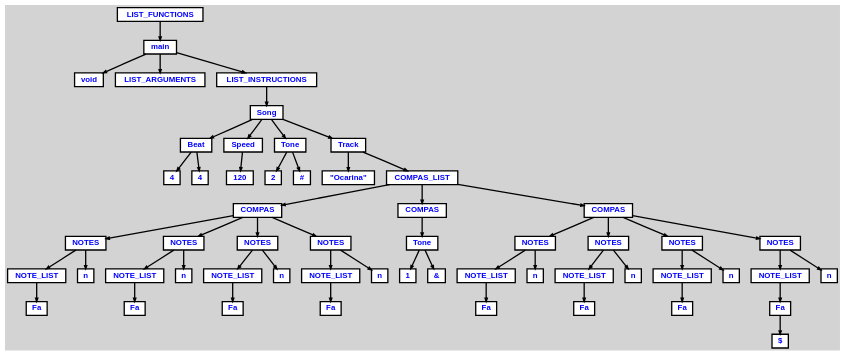
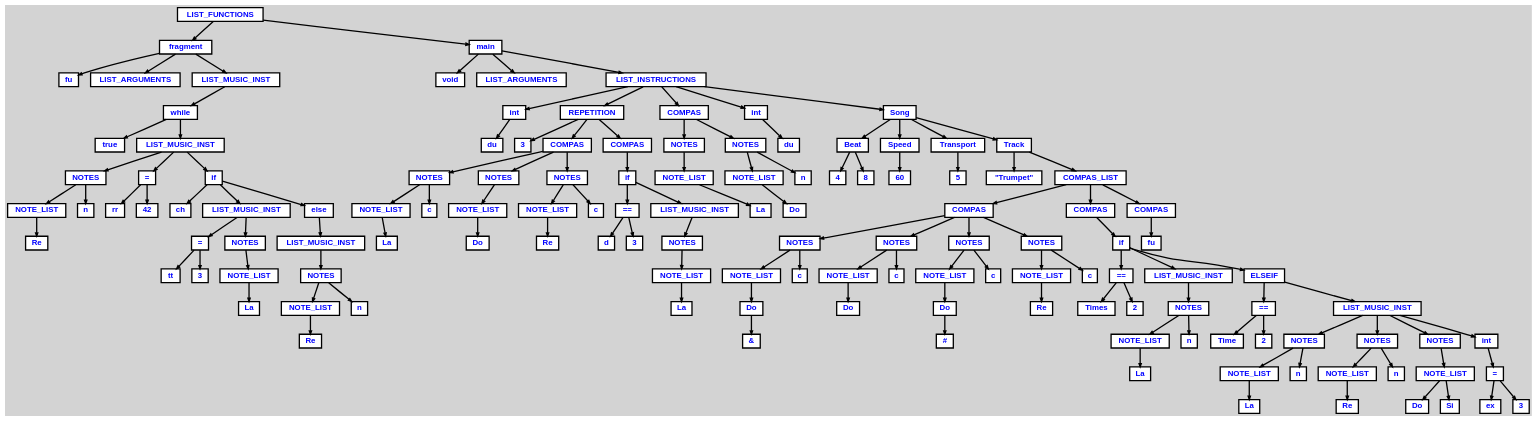
Before and after one commit to mariofv/A-Music-Language: the diagram in tree.dot, drawn with Graphviz. The commit also changed 16 other files, not shown here.

```diff
--- a/tree.dot
+++ b/tree.dot
@@ -7,145 +7,342 @@
 	edge [arrowsize=.5, color="black", style="bold"]
 
   n0 [label="LIST_FUNCTIONS"];
-  n1 [label="main"];
-  n1 [label="main"];
-  n2 [label="void"];
+  n1 [label="fragment"];
+  n1 [label="fragment"];
+  n2 [label="fu"];
   n3 [label="LIST_ARGUMENTS"];
-  n4 [label="LIST_INSTRUCTIONS"];
-  n4 [label="LIST_INSTRUCTIONS"];
-  n5 [label="Song"];
-  n5 [label="Song"];
-  n6 [label="Beat"];
-  n6 [label="Beat"];
-  n7 [label="4"];
-  n8 [label="4"];
-  n9 [label="Speed"];
-  n9 [label="Speed"];
-  n10 [label="120"];
-  n11 [label="Tone"];
-  n11 [label="Tone"];
-  n12 [label="2"];
-  n13 [label="#"];
-  n14 [label="Track"];
-  n14 [label="Track"];
-  n15 [label="\"Ocarina\""];
-  n16 [label="COMPAS_LIST"];
-  n16 [label="COMPAS_LIST"];
-  n17 [label="COMPAS"];
-  n17 [label="COMPAS"];
-  n18 [label="NOTES"];
-  n18 [label="NOTES"];
-  n19 [label="NOTE_LIST"];
-  n19 [label="NOTE_LIST"];
-  n20 [label="Fa"];
-  n21 [label="n"];
-  n22 [label="NOTES"];
-  n22 [label="NOTES"];
-  n23 [label="NOTE_LIST"];
-  n23 [label="NOTE_LIST"];
-  n24 [label="Fa"];
-  n25 [label="n"];
+  n4 [label="LIST_MUSIC_INST"];
+  n4 [label="LIST_MUSIC_INST"];
+  n5 [label="while"];
+  n5 [label="while"];
+  n6 [label="true"];
+  n7 [label="LIST_MUSIC_INST"];
+  n7 [label="LIST_MUSIC_INST"];
+  n8 [label="NOTES"];
+  n8 [label="NOTES"];
+  n9 [label="NOTE_LIST"];
+  n9 [label="NOTE_LIST"];
+  n10 [label="Re"];
+  n11 [label="n"];
+  n12 [label="="];
+  n12 [label="="];
+  n13 [label="rr"];
+  n14 [label="42"];
+  n15 [label="if"];
+  n15 [label="if"];
+  n16 [label="ch"];
+  n17 [label="LIST_MUSIC_INST"];
+  n17 [label="LIST_MUSIC_INST"];
+  n18 [label="="];
+  n18 [label="="];
+  n19 [label="tt"];
+  n20 [label="3"];
+  n21 [label="NOTES"];
+  n21 [label="NOTES"];
+  n22 [label="NOTE_LIST"];
+  n22 [label="NOTE_LIST"];
+  n23 [label="La"];
+  n24 [label="else"];
+  n24 [label="else"];
+  n25 [label="LIST_MUSIC_INST"];
+  n25 [label="LIST_MUSIC_INST"];
   n26 [label="NOTES"];
   n26 [label="NOTES"];
   n27 [label="NOTE_LIST"];
   n27 [label="NOTE_LIST"];
-  n28 [label="Fa"];
+  n28 [label="Re"];
   n29 [label="n"];
-  n30 [label="NOTES"];
-  n30 [label="NOTES"];
-  n31 [label="NOTE_LIST"];
-  n31 [label="NOTE_LIST"];
-  n32 [label="Fa"];
-  n33 [label="n"];
-  n34 [label="COMPAS"];
-  n34 [label="COMPAS"];
-  n35 [label="Tone"];
-  n35 [label="Tone"];
-  n36 [label="1"];
-  n37 [label="&"];
+  n30 [label="main"];
+  n30 [label="main"];
+  n31 [label="void"];
+  n32 [label="LIST_ARGUMENTS"];
+  n33 [label="LIST_INSTRUCTIONS"];
+  n33 [label="LIST_INSTRUCTIONS"];
+  n34 [label="int"];
+  n34 [label="int"];
+  n35 [label="du"];
+  n36 [label="REPETITION"];
+  n36 [label="REPETITION"];
+  n37 [label="3"];
   n38 [label="COMPAS"];
   n38 [label="COMPAS"];
   n39 [label="NOTES"];
   n39 [label="NOTES"];
   n40 [label="NOTE_LIST"];
   n40 [label="NOTE_LIST"];
-  n41 [label="Fa"];
-  n42 [label="n"];
+  n41 [label="La"];
+  n42 [label="c"];
   n43 [label="NOTES"];
   n43 [label="NOTES"];
   n44 [label="NOTE_LIST"];
   n44 [label="NOTE_LIST"];
-  n45 [label="Fa"];
-  n46 [label="n"];
-  n47 [label="NOTES"];
-  n47 [label="NOTES"];
-  n48 [label="NOTE_LIST"];
-  n48 [label="NOTE_LIST"];
-  n49 [label="Fa"];
-  n50 [label="n"];
-  n51 [label="NOTES"];
-  n51 [label="NOTES"];
-  n52 [label="NOTE_LIST"];
-  n52 [label="NOTE_LIST"];
-  n53 [label="Fa"];
-  n53 [label="Fa"];
-  n54 [label="$"];
-  n55 [label="n"];
+  n45 [label="Do"];
+  n46 [label="NOTES"];
+  n46 [label="NOTES"];
+  n47 [label="NOTE_LIST"];
+  n47 [label="NOTE_LIST"];
+  n48 [label="Re"];
+  n49 [label="c"];
+  n50 [label="COMPAS"];
+  n50 [label="COMPAS"];
+  n51 [label="if"];
+  n51 [label="if"];
+  n52 [label="=="];
+  n52 [label="=="];
+  n53 [label="d"];
+  n54 [label="3"];
+  n55 [label="LIST_MUSIC_INST"];
+  n55 [label="LIST_MUSIC_INST"];
+  n56 [label="NOTES"];
+  n56 [label="NOTES"];
+  n57 [label="NOTE_LIST"];
+  n57 [label="NOTE_LIST"];
+  n58 [label="La"];
+  n59 [label="COMPAS"];
+  n59 [label="COMPAS"];
+  n60 [label="NOTES"];
+  n60 [label="NOTES"];
+  n61 [label="NOTE_LIST"];
+  n61 [label="NOTE_LIST"];
+  n62 [label="La"];
+  n63 [label="NOTES"];
+  n63 [label="NOTES"];
+  n64 [label="NOTE_LIST"];
+  n64 [label="NOTE_LIST"];
+  n65 [label="Do"];
+  n66 [label="n"];
+  n67 [label="int"];
+  n67 [label="int"];
+  n68 [label="du"];
+  n69 [label="Song"];
+  n69 [label="Song"];
+  n70 [label="Beat"];
+  n70 [label="Beat"];
+  n71 [label="4"];
+  n72 [label="8"];
+  n73 [label="Speed"];
+  n73 [label="Speed"];
+  n74 [label="60"];
+  n75 [label="Transport"];
+  n75 [label="Transport"];
+  n76 [label="5"];
+  n77 [label="Track"];
+  n77 [label="Track"];
+  n78 [label="\"Trumpet\""];
+  n79 [label="COMPAS_LIST"];
+  n79 [label="COMPAS_LIST"];
+  n80 [label="COMPAS"];
+  n80 [label="COMPAS"];
+  n81 [label="NOTES"];
+  n81 [label="NOTES"];
+  n82 [label="NOTE_LIST"];
+  n82 [label="NOTE_LIST"];
+  n83 [label="Do"];
+  n83 [label="Do"];
+  n84 [label="&"];
+  n85 [label="c"];
+  n86 [label="NOTES"];
+  n86 [label="NOTES"];
+  n87 [label="NOTE_LIST"];
+  n87 [label="NOTE_LIST"];
+  n88 [label="Do"];
+  n89 [label="c"];
+  n90 [label="NOTES"];
+  n90 [label="NOTES"];
+  n91 [label="NOTE_LIST"];
+  n91 [label="NOTE_LIST"];
+  n92 [label="Do"];
+  n92 [label="Do"];
+  n93 [label="#"];
+  n94 [label="c"];
+  n95 [label="NOTES"];
+  n95 [label="NOTES"];
+  n96 [label="NOTE_LIST"];
+  n96 [label="NOTE_LIST"];
+  n97 [label="Re"];
+  n98 [label="c"];
+  n99 [label="COMPAS"];
+  n99 [label="COMPAS"];
+  n100 [label="if"];
+  n100 [label="if"];
+  n101 [label="=="];
+  n101 [label="=="];
+  n102 [label="Times"];
+  n103 [label="2"];
+  n104 [label="LIST_MUSIC_INST"];
+  n104 [label="LIST_MUSIC_INST"];
+  n105 [label="NOTES"];
+  n105 [label="NOTES"];
+  n106 [label="NOTE_LIST"];
+  n106 [label="NOTE_LIST"];
+  n107 [label="La"];
+  n108 [label="n"];
+  n109 [label="ELSEIF"];
+  n109 [label="ELSEIF"];
+  n110 [label="=="];
+  n110 [label="=="];
+  n111 [label="Time"];
+  n112 [label="2"];
+  n113 [label="LIST_MUSIC_INST"];
+  n113 [label="LIST_MUSIC_INST"];
+  n114 [label="NOTES"];
+  n114 [label="NOTES"];
+  n115 [label="NOTE_LIST"];
+  n115 [label="NOTE_LIST"];
+  n116 [label="La"];
+  n117 [label="n"];
+  n118 [label="NOTES"];
+  n118 [label="NOTES"];
+  n119 [label="NOTE_LIST"];
+  n119 [label="NOTE_LIST"];
+  n120 [label="Re"];
+  n121 [label="n"];
+  n122 [label="NOTES"];
+  n122 [label="NOTES"];
+  n123 [label="NOTE_LIST"];
+  n123 [label="NOTE_LIST"];
+  n124 [label="Do"];
+  n125 [label="Si"];
+  n126 [label="int"];
+  n126 [label="int"];
+  n127 [label="="];
+  n127 [label="="];
+  n128 [label="ex"];
+  n129 [label="3"];
+  n130 [label="COMPAS"];
+  n130 [label="COMPAS"];
+  n131 [label="fu"];
 
-  n0 -> n1 // "LIST_FUNCTIONS" -> "main"
-  n1 -> n2 // "main" -> "void"
-  n1 -> n3 // "main" -> "LIST_ARGUMENTS"
-  n1 -> n4 // "main" -> "LIST_INSTRUCTIONS"
-  n4 -> n5 // "LIST_INSTRUCTIONS" -> "Song"
-  n5 -> n6 // "Song" -> "Beat"
-  n6 -> n7 // "Beat" -> "4"
-  n6 -> n8 // "Beat" -> "4"
-  n5 -> n9 // "Song" -> "Speed"
-  n9 -> n10 // "Speed" -> "120"
-  n5 -> n11 // "Song" -> "Tone"
-  n11 -> n12 // "Tone" -> "2"
-  n11 -> n13 // "Tone" -> "#"
-  n5 -> n14 // "Song" -> "Track"
-  n14 -> n15 // "Track" -> "\"Ocarina\""
-  n14 -> n16 // "Track" -> "COMPAS_LIST"
-  n16 -> n17 // "COMPAS_LIST" -> "COMPAS"
-  n17 -> n18 // "COMPAS" -> "NOTES"
-  n18 -> n19 // "NOTES" -> "NOTE_LIST"
-  n19 -> n20 // "NOTE_LIST" -> "Fa"
-  n18 -> n21 // "NOTES" -> "n"
-  n17 -> n22 // "COMPAS" -> "NOTES"
-  n22 -> n23 // "NOTES" -> "NOTE_LIST"
-  n23 -> n24 // "NOTE_LIST" -> "Fa"
-  n22 -> n25 // "NOTES" -> "n"
-  n17 -> n26 // "COMPAS" -> "NOTES"
+  n0 -> n1 // "LIST_FUNCTIONS" -> "fragment"
+  n1 -> n2 // "fragment" -> "fu"
+  n1 -> n3 // "fragment" -> "LIST_ARGUMENTS"
+  n1 -> n4 // "fragment" -> "LIST_MUSIC_INST"
+  n4 -> n5 // "LIST_MUSIC_INST" -> "while"
+  n5 -> n6 // "while" -> "true"
+  n5 -> n7 // "while" -> "LIST_MUSIC_INST"
+  n7 -> n8 // "LIST_MUSIC_INST" -> "NOTES"
+  n8 -> n9 // "NOTES" -> "NOTE_LIST"
+  n9 -> n10 // "NOTE_LIST" -> "Re"
+  n8 -> n11 // "NOTES" -> "n"
+  n7 -> n12 // "LIST_MUSIC_INST" -> "="
+  n12 -> n13 // "=" -> "rr"
+  n12 -> n14 // "=" -> "42"
+  n7 -> n15 // "LIST_MUSIC_INST" -> "if"
+  n15 -> n16 // "if" -> "ch"
+  n15 -> n17 // "if" -> "LIST_MUSIC_INST"
+  n17 -> n18 // "LIST_MUSIC_INST" -> "="
+  n18 -> n19 // "=" -> "tt"
+  n18 -> n20 // "=" -> "3"
+  n17 -> n21 // "LIST_MUSIC_INST" -> "NOTES"
+  n21 -> n22 // "NOTES" -> "NOTE_LIST"
+  n22 -> n23 // "NOTE_LIST" -> "La"
+  n15 -> n24 // "if" -> "else"
+  n24 -> n25 // "else" -> "LIST_MUSIC_INST"
+  n25 -> n26 // "LIST_MUSIC_INST" -> "NOTES"
   n26 -> n27 // "NOTES" -> "NOTE_LIST"
-  n27 -> n28 // "NOTE_LIST" -> "Fa"
+  n27 -> n28 // "NOTE_LIST" -> "Re"
   n26 -> n29 // "NOTES" -> "n"
-  n17 -> n30 // "COMPAS" -> "NOTES"
-  n30 -> n31 // "NOTES" -> "NOTE_LIST"
-  n31 -> n32 // "NOTE_LIST" -> "Fa"
-  n30 -> n33 // "NOTES" -> "n"
-  n16 -> n34 // "COMPAS_LIST" -> "COMPAS"
-  n34 -> n35 // "COMPAS" -> "Tone"
-  n35 -> n36 // "Tone" -> "1"
-  n35 -> n37 // "Tone" -> "&"
-  n16 -> n38 // "COMPAS_LIST" -> "COMPAS"
+  n0 -> n30 // "LIST_FUNCTIONS" -> "main"
+  n30 -> n31 // "main" -> "void"
+  n30 -> n32 // "main" -> "LIST_ARGUMENTS"
+  n30 -> n33 // "main" -> "LIST_INSTRUCTIONS"
+  n33 -> n34 // "LIST_INSTRUCTIONS" -> "int"
+  n34 -> n35 // "int" -> "du"
+  n33 -> n36 // "LIST_INSTRUCTIONS" -> "REPETITION"
+  n36 -> n37 // "REPETITION" -> "3"
+  n36 -> n38 // "REPETITION" -> "COMPAS"
   n38 -> n39 // "COMPAS" -> "NOTES"
   n39 -> n40 // "NOTES" -> "NOTE_LIST"
-  n40 -> n41 // "NOTE_LIST" -> "Fa"
-  n39 -> n42 // "NOTES" -> "n"
+  n40 -> n41 // "NOTE_LIST" -> "La"
+  n39 -> n42 // "NOTES" -> "c"
   n38 -> n43 // "COMPAS" -> "NOTES"
   n43 -> n44 // "NOTES" -> "NOTE_LIST"
-  n44 -> n45 // "NOTE_LIST" -> "Fa"
-  n43 -> n46 // "NOTES" -> "n"
-  n38 -> n47 // "COMPAS" -> "NOTES"
-  n47 -> n48 // "NOTES" -> "NOTE_LIST"
-  n48 -> n49 // "NOTE_LIST" -> "Fa"
-  n47 -> n50 // "NOTES" -> "n"
-  n38 -> n51 // "COMPAS" -> "NOTES"
-  n51 -> n52 // "NOTES" -> "NOTE_LIST"
-  n52 -> n53 // "NOTE_LIST" -> "Fa"
-  n53 -> n54 // "Fa" -> "$"
-  n51 -> n55 // "NOTES" -> "n"
+  n44 -> n45 // "NOTE_LIST" -> "Do"
+  n38 -> n46 // "COMPAS" -> "NOTES"
+  n46 -> n47 // "NOTES" -> "NOTE_LIST"
+  n47 -> n48 // "NOTE_LIST" -> "Re"
+  n46 -> n49 // "NOTES" -> "c"
+  n36 -> n50 // "REPETITION" -> "COMPAS"
+  n50 -> n51 // "COMPAS" -> "if"
+  n51 -> n52 // "if" -> "=="
+  n52 -> n53 // "==" -> "d"
+  n52 -> n54 // "==" -> "3"
+  n51 -> n55 // "if" -> "LIST_MUSIC_INST"
+  n55 -> n56 // "LIST_MUSIC_INST" -> "NOTES"
+  n56 -> n57 // "NOTES" -> "NOTE_LIST"
+  n57 -> n58 // "NOTE_LIST" -> "La"
+  n33 -> n59 // "LIST_INSTRUCTIONS" -> "COMPAS"
+  n59 -> n60 // "COMPAS" -> "NOTES"
+  n60 -> n61 // "NOTES" -> "NOTE_LIST"
+  n61 -> n62 // "NOTE_LIST" -> "La"
+  n59 -> n63 // "COMPAS" -> "NOTES"
+  n63 -> n64 // "NOTES" -> "NOTE_LIST"
+  n64 -> n65 // "NOTE_LIST" -> "Do"
+  n63 -> n66 // "NOTES" -> "n"
+  n33 -> n67 // "LIST_INSTRUCTIONS" -> "int"
+  n67 -> n68 // "int" -> "du"
+  n33 -> n69 // "LIST_INSTRUCTIONS" -> "Song"
+  n69 -> n70 // "Song" -> "Beat"
+  n70 -> n71 // "Beat" -> "4"
+  n70 -> n72 // "Beat" -> "8"
+  n69 -> n73 // "Song" -> "Speed"
+  n73 -> n74 // "Speed" -> "60"
+  n69 -> n75 // "Song" -> "Transport"
+  n75 -> n76 // "Transport" -> "5"
+  n69 -> n77 // "Song" -> "Track"
+  n77 -> n78 // "Track" -> "\"Trumpet\""
+  n77 -> n79 // "Track" -> "COMPAS_LIST"
+  n79 -> n80 // "COMPAS_LIST" -> "COMPAS"
+  n80 -> n81 // "COMPAS" -> "NOTES"
+  n81 -> n82 // "NOTES" -> "NOTE_LIST"
+  n82 -> n83 // "NOTE_LIST" -> "Do"
+  n83 -> n84 // "Do" -> "&"
+  n81 -> n85 // "NOTES" -> "c"
+  n80 -> n86 // "COMPAS" -> "NOTES"
+  n86 -> n87 // "NOTES" -> "NOTE_LIST"
+  n87 -> n88 // "NOTE_LIST" -> "Do"
+  n86 -> n89 // "NOTES" -> "c"
+  n80 -> n90 // "COMPAS" -> "NOTES"
+  n90 -> n91 // "NOTES" -> "NOTE_LIST"
+  n91 -> n92 // "NOTE_LIST" -> "Do"
+  n92 -> n93 // "Do" -> "#"
+  n90 -> n94 // "NOTES" -> "c"
+  n80 -> n95 // "COMPAS" -> "NOTES"
+  n95 -> n96 // "NOTES" -> "NOTE_LIST"
+  n96 -> n97 // "NOTE_LIST" -> "Re"
+  n95 -> n98 // "NOTES" -> "c"
+  n79 -> n99 // "COMPAS_LIST" -> "COMPAS"
+  n99 -> n100 // "COMPAS" -> "if"
+  n100 -> n101 // "if" -> "=="
+  n101 -> n102 // "==" -> "Times"
+  n101 -> n103 // "==" -> "2"
+  n100 -> n104 // "if" -> "LIST_MUSIC_INST"
+  n104 -> n105 // "LIST_MUSIC_INST" -> "NOTES"
+  n105 -> n106 // "NOTES" -> "NOTE_LIST"
+  n106 -> n107 // "NOTE_LIST" -> "La"
+  n105 -> n108 // "NOTES" -> "n"
+  n100 -> n109 // "if" -> "ELSEIF"
+  n109 -> n110 // "ELSEIF" -> "=="
+  n110 -> n111 // "==" -> "Time"
+  n110 -> n112 // "==" -> "2"
+  n109 -> n113 // "ELSEIF" -> "LIST_MUSIC_INST"
+  n113 -> n114 // "LIST_MUSIC_INST" -> "NOTES"
+  n114 -> n115 // "NOTES" -> "NOTE_LIST"
+  n115 -> n116 // "NOTE_LIST" -> "La"
+  n114 -> n117 // "NOTES" -> "n"
+  n113 -> n118 // "LIST_MUSIC_INST" -> "NOTES"
+  n118 -> n119 // "NOTES" -> "NOTE_LIST"
+  n119 -> n120 // "NOTE_LIST" -> "Re"
+  n118 -> n121 // "NOTES" -> "n"
+  n113 -> n122 // "LIST_MUSIC_INST" -> "NOTES"
+  n122 -> n123 // "NOTES" -> "NOTE_LIST"
+  n123 -> n124 // "NOTE_LIST" -> "Do"
+  n123 -> n125 // "NOTE_LIST" -> "Si"
+  n113 -> n126 // "LIST_MUSIC_INST" -> "int"
+  n126 -> n127 // "int" -> "="
+  n127 -> n128 // "=" -> "ex"
+  n127 -> n129 // "=" -> "3"
+  n79 -> n130 // "COMPAS_LIST" -> "COMPAS"
+  n130 -> n131 // "COMPAS" -> "fu"
 
 }
```
